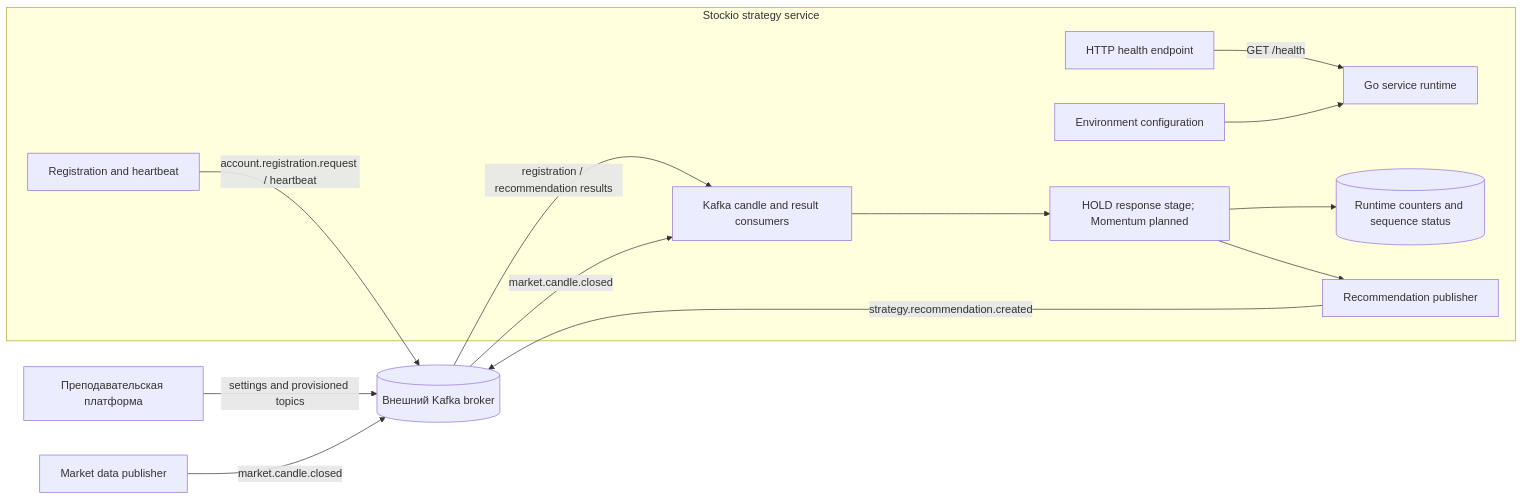
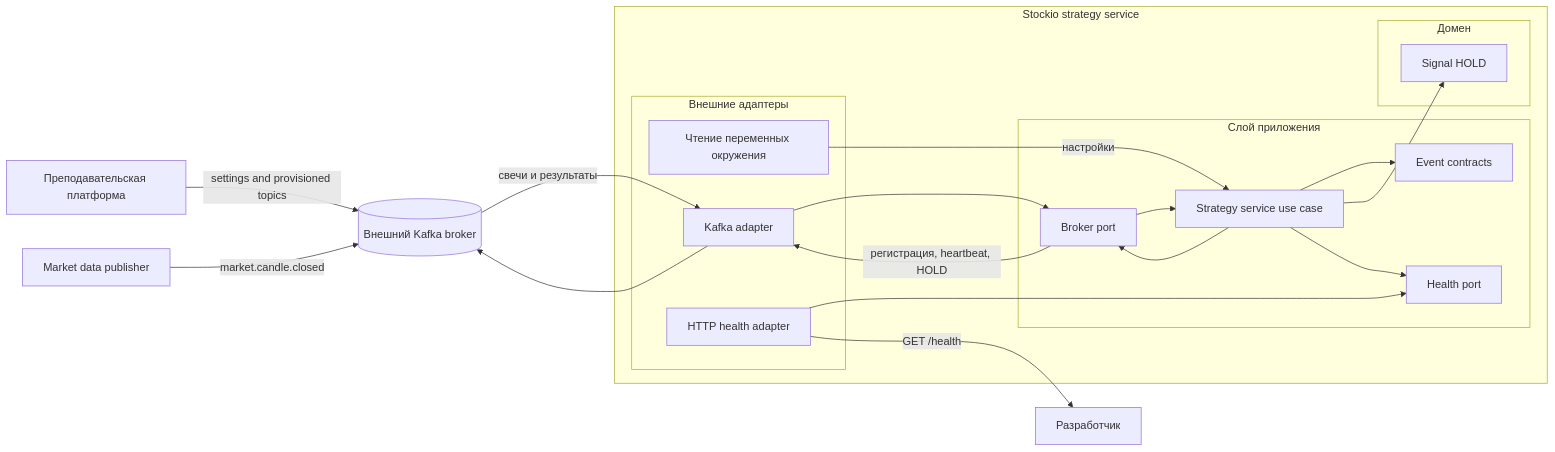
One commit to Team-ReBOOT-Academy/Stockio changed the diagram in docs/diagrams/components.mmd. Above: the diagram before and after it, drawn with Mermaid. The commit also changed 26 other files, not shown here.

```diff
--- a/docs/diagrams/components.mmd
+++ b/docs/diagrams/components.mmd
@@ -1,25 +1,35 @@
 flowchart LR
   Platform[Преподавательская платформа]
   Kafka[(Внешний Kafka broker)]
   subgraph Stockio[Stockio strategy service]
-    HTTP[HTTP health endpoint]
-    Config[Environment configuration]
-    Runtime[Go service runtime]
-    Registration[Registration and heartbeat]
-    Consumer[Kafka candle and result consumers]
-    Strategy[HOLD response stage; Momentum planned]
-    Publisher[Recommendation publisher]
-    State[(Runtime counters and sequence status)]
+    subgraph Adapters[Внешние адаптеры]
+      Config[Чтение переменных окружения]
+      KafkaAdapter[Kafka adapter]
+      HTTP[HTTP health adapter]
+    end
+    subgraph Application[Слой приложения]
+      UseCase[Strategy service use case]
+      BrokerPort[Broker port]
+      HealthPort[Health port]
+      Contracts[Event contracts]
+    end
+    subgraph Domain[Домен]
+      Signal[Signal HOLD]
+    end
   end
   Market[Market data publisher]
+  Developer[Разработчик]
   Platform -->|settings and provisioned topics| Kafka
   Market -->|market.candle.closed| Kafka
-  Kafka -->|registration / recommendation results| Consumer
-  Kafka -->|market.candle.closed| Consumer
-  Consumer --> Strategy
-  Strategy --> State
-  Strategy --> Publisher
-  Registration -->|account.registration.request / heartbeat| Kafka
-  Publisher -->|strategy.recommendation.created| Kafka
-  HTTP -->|GET /health| Runtime
-  Config --> Runtime
+  Kafka -->|свечи и результаты| KafkaAdapter
+  KafkaAdapter --> BrokerPort
+  BrokerPort --> UseCase
+  UseCase --> Contracts
+  UseCase --> Signal
+  UseCase --> BrokerPort
+  BrokerPort -->|регистрация, heartbeat, HOLD| KafkaAdapter
+  KafkaAdapter --> Kafka
+  Config -->|настройки| UseCase
+  HTTP --> HealthPort
+  UseCase --> HealthPort
+  HTTP -->|GET /health| Developer
```
